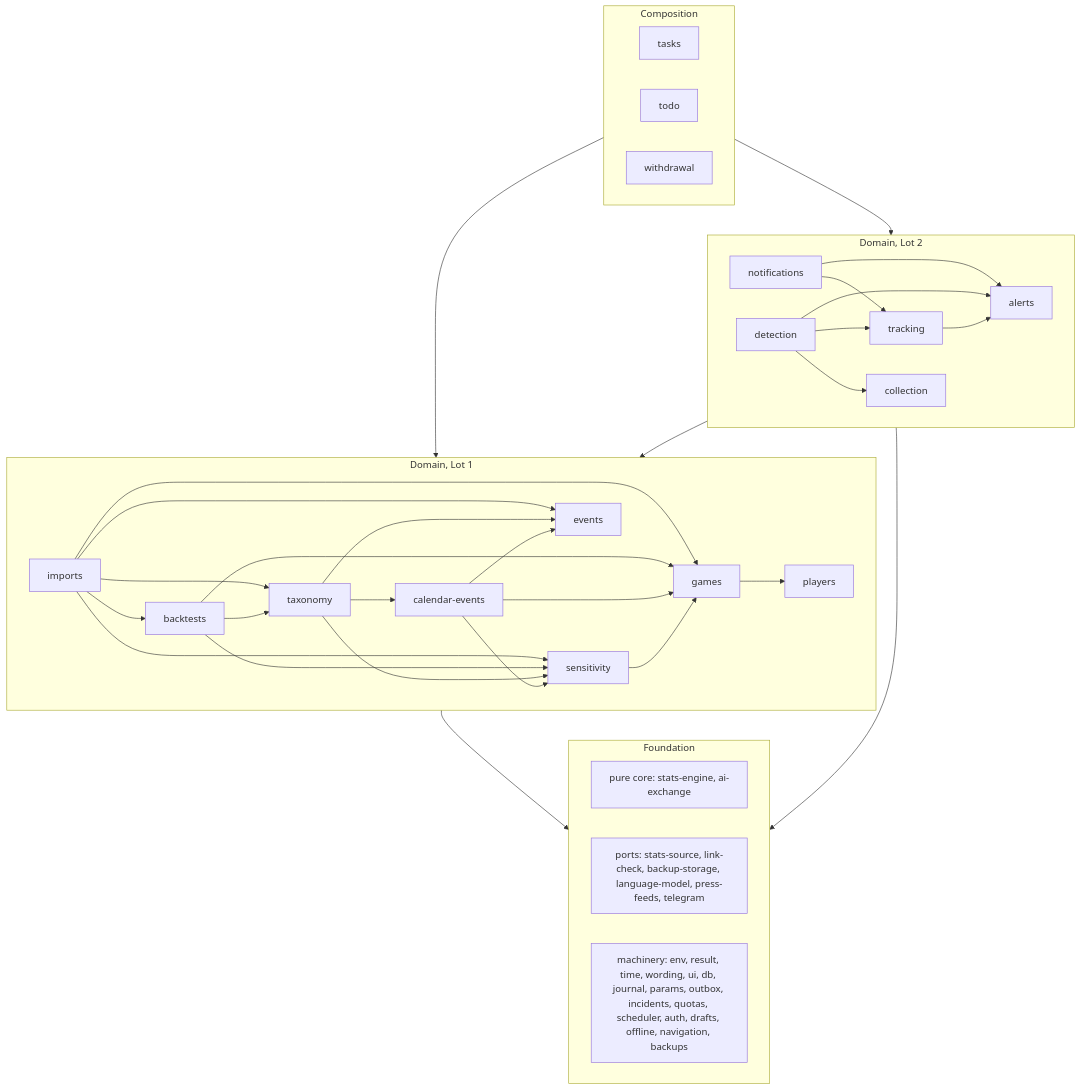
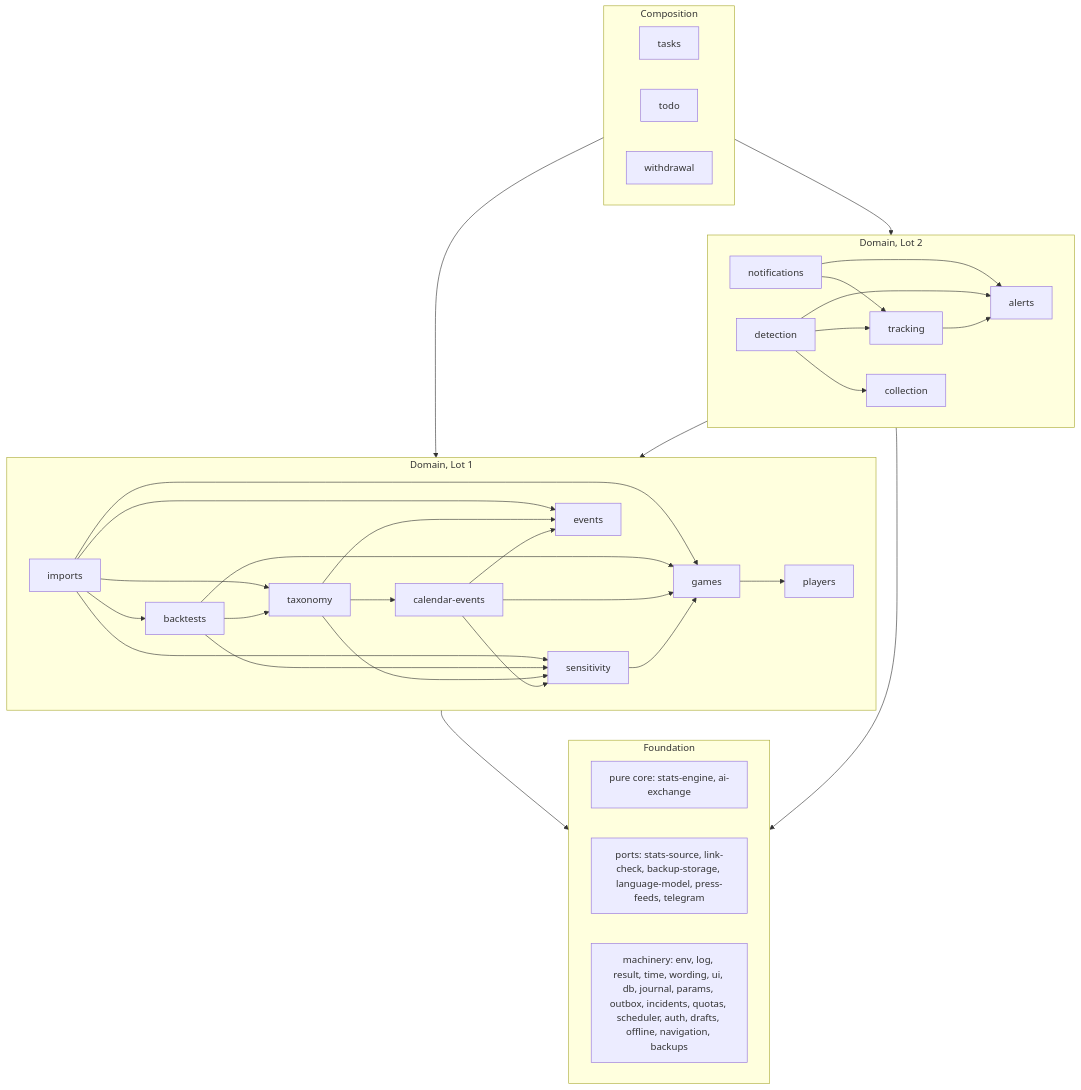
One commit to youtix/egoscope changed the diagram in docs/engineering/module-map.md. Above: the diagram before and after it, drawn with Mermaid.

Commit message:
docs: list the logger among the machinery in the module graph

````diff
--- a/docs/engineering/module-map.md
+++ b/docs/engineering/module-map.md
@@ -801,44 +801,44 @@
 ```mermaid
 flowchart TB
   subgraph composition["Composition"]
     tasks["tasks"]
     todo["todo"]
     withdrawal["withdrawal"]
   end
   subgraph lot2["Domain, Lot 2"]
     notifications["notifications"]
     detection["detection"]
     tracking["tracking"]
     alerts["alerts"]
     collection["collection"]
   end
   subgraph lot1["Domain, Lot 1"]
     imports["imports"]
     backtests["backtests"]
     taxonomy["taxonomy"]
     calendarEvents["calendar-events"]
     sensitivity["sensitivity"]
     games["games"]
     players["players"]
     events["events"]
   end
   subgraph base["Foundation"]
     pure["pure core: stats-engine, ai-exchange"]
     ports["ports: stats-source, link-check, backup-storage, language-model, press-feeds, telegram"]
-    machinery["machinery: env, result, time, wording, ui, db, journal, params, outbox, incidents, quotas, scheduler, auth, drafts, offline, navigation, backups"]
+    machinery["machinery: env, log, result, time, wording, ui, db, journal, params, outbox, incidents, quotas, scheduler, auth, drafts, offline, navigation, backups"]
   end
   composition --> lot2
   composition --> lot1
   notifications --> tracking & alerts
   detection --> collection & tracking & alerts
   tracking --> alerts
   lot2 --> lot1
   imports --> backtests & taxonomy & sensitivity & games & events
   backtests --> taxonomy & sensitivity & games
   taxonomy --> calendarEvents & sensitivity & events
   calendarEvents --> sensitivity & games & events
   sensitivity --> games
   games --> players
   lot1 --> base
   lot2 --> base
 ```
````
